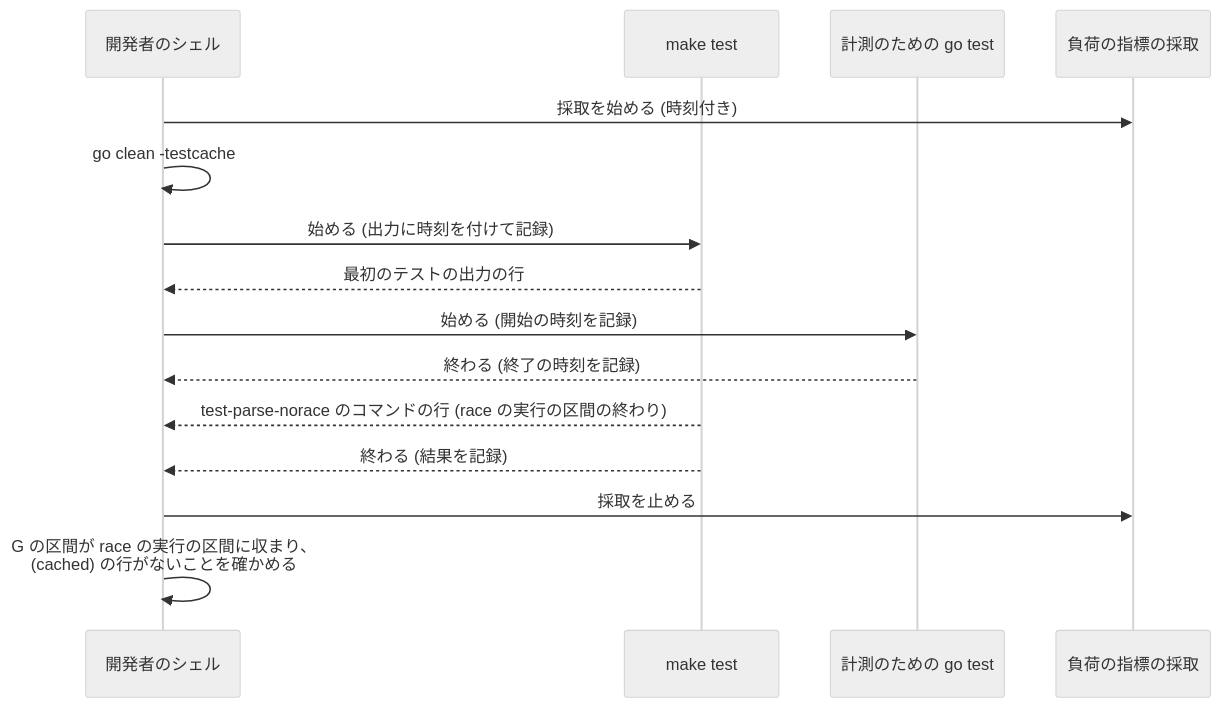
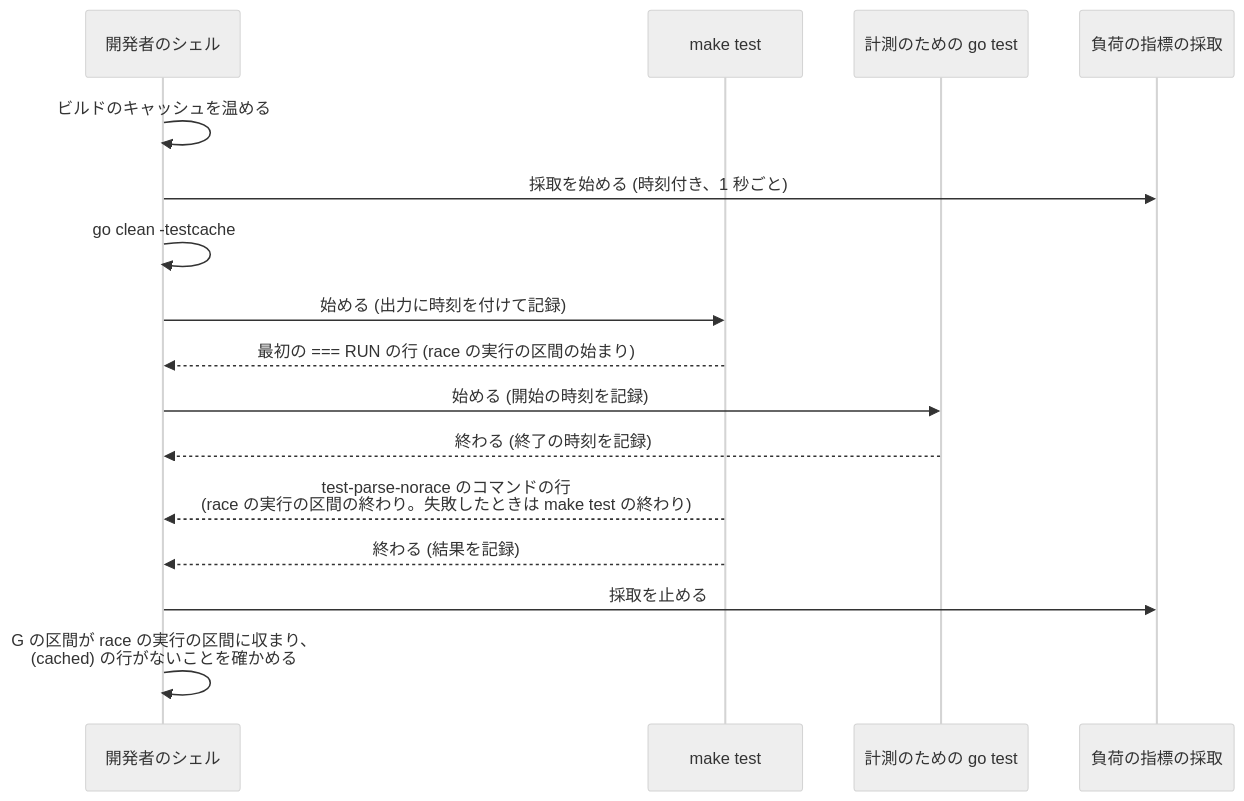
One commit to isseis/yt2column changed the fifth of 5 diagrams in docs/tasks/0064_stderr_drain_test_deadline/02_architecture.md. Above: the diagram before and after it, drawn with Mermaid (neutral theme). The commit also changed other lines of this file, not shown here.

First line of the commit message:
docs(0064): address review findings in the architecture

````diff
--- a/docs/tasks/0064_stderr_drain_test_deadline/02_architecture.md
+++ b/docs/tasks/0064_stderr_drain_test_deadline/02_architecture.md
@@ -326,18 +345,19 @@
 ```mermaid
 sequenceDiagram
     participant D as 開発者のシェル
     participant MT as make test
     participant G as 計測のための go test
     participant L as 負荷の指標の採取
 
-    D->>L: 採取を始める (時刻付き)
+    D->>D: ビルドのキャッシュを温める
+    D->>L: 採取を始める (時刻付き、1 秒ごと)
     D->>D: go clean -testcache
     D->>MT: 始める (出力に時刻を付けて記録)
-    MT-->>D: 最初のテストの出力の行
+    MT-->>D: 最初の === RUN の行 (race の実行の区間の始まり)
     D->>G: 始める (開始の時刻を記録)
     G-->>D: 終わる (終了の時刻を記録)
-    MT-->>D: test-parse-norace のコマンドの行 (race の実行の区間の終わり)
+    MT-->>D: test-parse-norace のコマンドの行<br>(race の実行の区間の終わり。失敗したときは make test の終わり)
     MT-->>D: 終わる (結果を記録)
     D->>L: 採取を止める
     D->>D: G の区間が race の実行の区間に収まり、<br>(cached) の行がないことを確かめる
 ```
````
